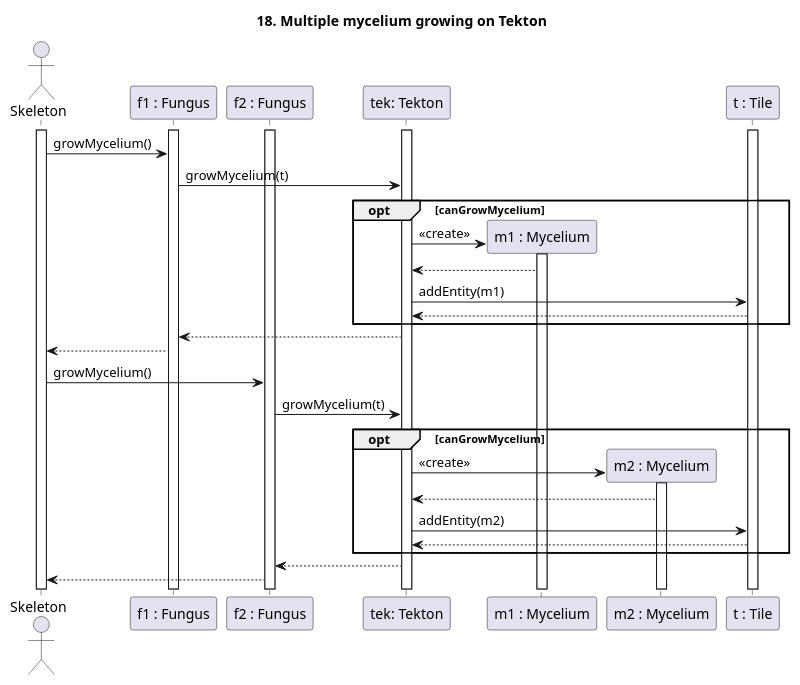
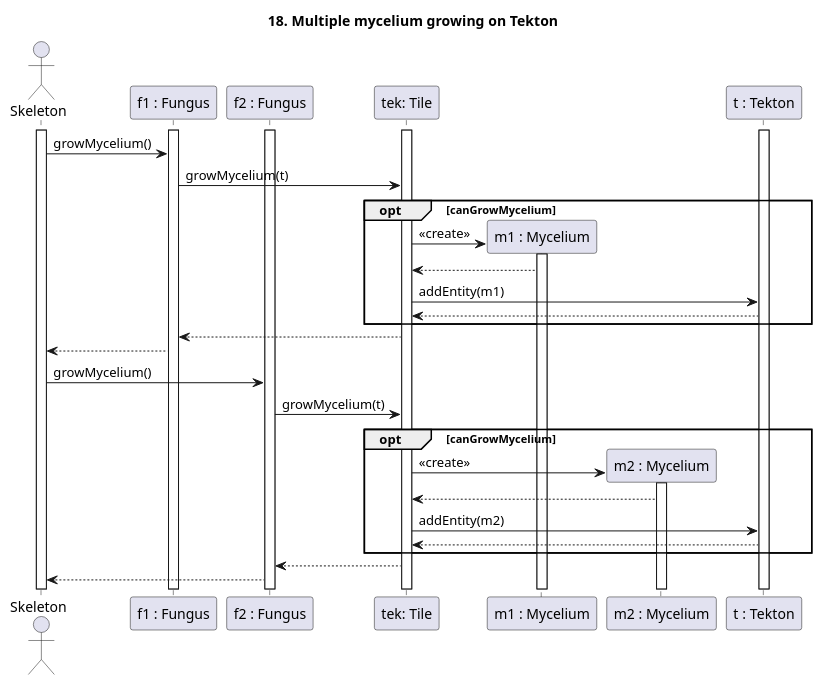
Before and after one commit to Harcipan/Projlab_nullpointerexception: the diagram in diagrams/diagramFiles/SQ18_MultipleMyceliumOnTekton.puml, drawn with PlantUML. The commit also changed 39 other files, not shown here.

```diff
--- a/diagrams/diagramFiles/SQ18_MultipleMyceliumOnTekton.puml
+++ b/diagrams/diagramFiles/SQ18_MultipleMyceliumOnTekton.puml
@@ -1,48 +1,48 @@
 @startuml 18. Multiple mycelium growing on Tekton
 
 title 18. Multiple mycelium growing on Tekton
 
 actor "Skeleton" as Ac
 participant "f1 : Fungus" as F1
 participant "f2 : Fungus" as F2
-participant "tek: Tekton" as Tek
+participant "tek: Tile" as Tek
 participant "m1 : Mycelium" as M1
 participant "m2 : Mycelium" as M2
-participant "t : Tile" as T
+participant "t : Tekton" as T
 
 activate Ac
 activate F1
 activate F2
 activate T
 activate Tek
 
 Ac -> F1 : growMycelium()
 
 F1->Tek : growMycelium(t)
 opt canGrowMycelium
 Tek -> M1 ** : <<create>>
 activate M1
 M1 --> Tek
 Tek -> T : addEntity(m1)
 T-->Tek
 end
 Tek-->F1
 
 F1 --> Ac
 
 Ac -> F2 : growMycelium()
 
 F2->Tek : growMycelium(t)
 opt canGrowMycelium
 Tek -> M2 ** : <<create>>
 activate M2
 M2 --> Tek
 Tek -> T : addEntity(m2)
 T-->Tek
 end
 Tek-->F2
 
 F2 --> Ac
 
 
 @enduml
```
